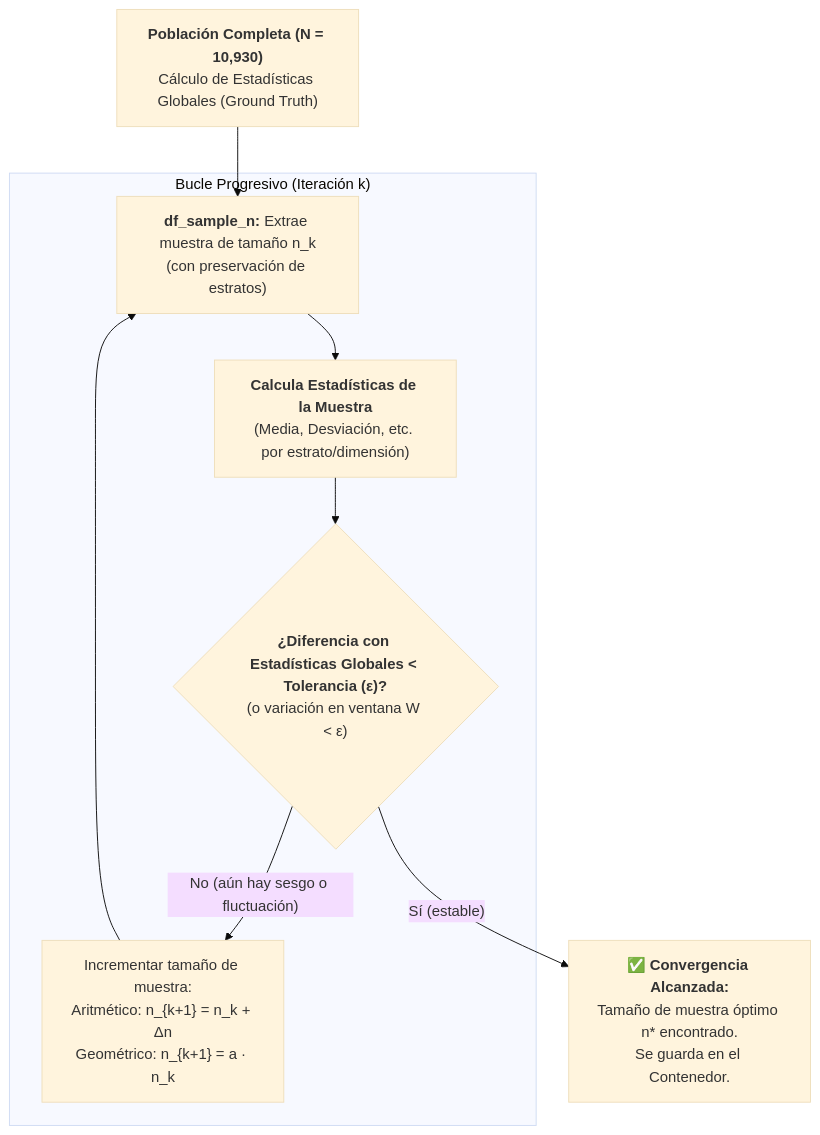
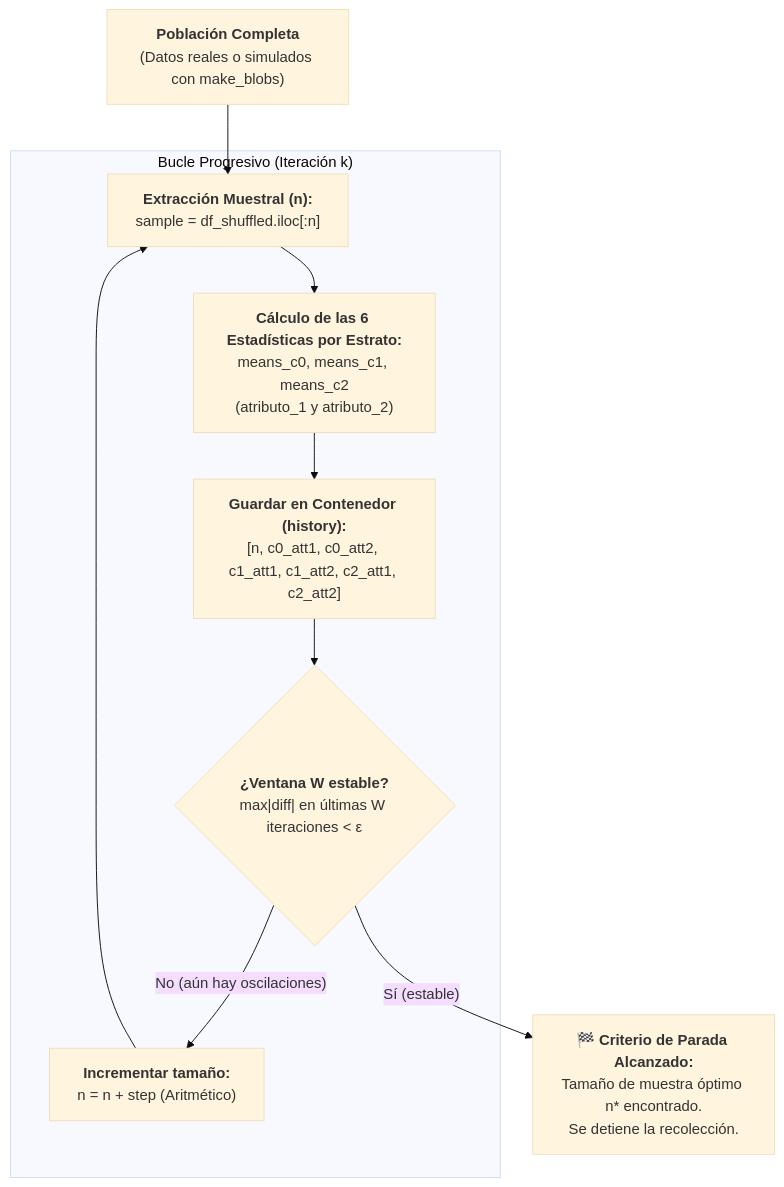
The diagram in minería de datos/7. Muestreo Progresivo (Progressive Sampling) y Simulación con Datos Sintéticos.md (Eddyfals0/notas-obsidia-oto-o-2026), drawn with Mermaid (base theme) before and after one commit. The commit also changed other lines of this file and 2 other files, not shown here.

Commit message:
docs(minería de datos): enriquecer sesión 7 con algoritmo completo de muestreo progresivo y gráfica de convergencia

````diff
--- a/minería de datos/7. Muestreo Progresivo (Progressive Sampling) y Simulación con Datos Sintéticos.md
+++ b/minería de datos/7. Muestreo Progresivo (Progressive Sampling) y Simulación con Datos Sintéticos.md
@@ -43,19 +43,21 @@
 ```mermaid
 flowchart TD
-    POB["<b>Población Completa (N = 10,930)</b><br>Cálculo de Estadísticas Globales (Ground Truth)"]
+    POB["<b>Población Completa</b><br>(Datos reales o simulados con make_blobs)"]
     
     subgraph BUCLE ["Bucle Progresivo (Iteración k)"]
-        SAMP["<b>df_sample_n:</b> Extrae muestra de tamaño n_k<br>(con preservación de estratos)"]
-        STATS["<b>Calcula Estadísticas de la Muestra</b><br>(Media, Desviación, etc. por estrato/dimensión)"]
-        COMP{"<b>¿Diferencia con Estadísticas Globales < Tolerancia (ε)?</b><br>(o variación en ventana W < ε)"}
-        INC["Incrementar tamaño de muestra:<br>Aritmético: n_{k+1} = n_k + Δn<br>Geométrico: n_{k+1} = a · n_k"]
+        SAMP["<b>Extracción Muestral (n):</b><br>sample = df_shuffled.iloc[:n]"]
+        STATS["<b>Cálculo de las 6 Estadísticas por Estrato:</b><br>means_c0, means_c1, means_c2<br>(atributo_1 y atributo_2)"]
+        CONT["<b>Guardar en Contenedor (history):</b><br>[n, c0_att1, c0_att2, c1_att1, c1_att2, c2_att1, c2_att2]"]
+        COMP{"<b>¿Ventana W estable?</b><br>max|diff| en últimas W iteraciones < ε"}
+        INC["<b>Incrementar tamaño:</b><br>n = n + step (Aritmético)"]
     end
 
-    STOP["✅ <b>Convergencia Alcanzada:</b><br>Tamaño de muestra óptimo n* encontrado.<br>Se guarda en el Contenedor."]
+    STOP["🏁 <b>Criterio de Parada Alcanzado:</b><br>Tamaño de muestra óptimo n* encontrado.<br>Se detiene la recolección."]
 
     POB --> SAMP
     SAMP --> STATS
-    STATS --> COMP
-    COMP -- "No (aún hay sesgo o fluctuación)" --> INC --> SAMP
+    STATS --> CONT
+    CONT --> COMP
+    COMP -- "No (aún hay oscilaciones)" --> INC --> SAMP
     COMP -- "Sí (estable)" --> STOP
 ```
````
